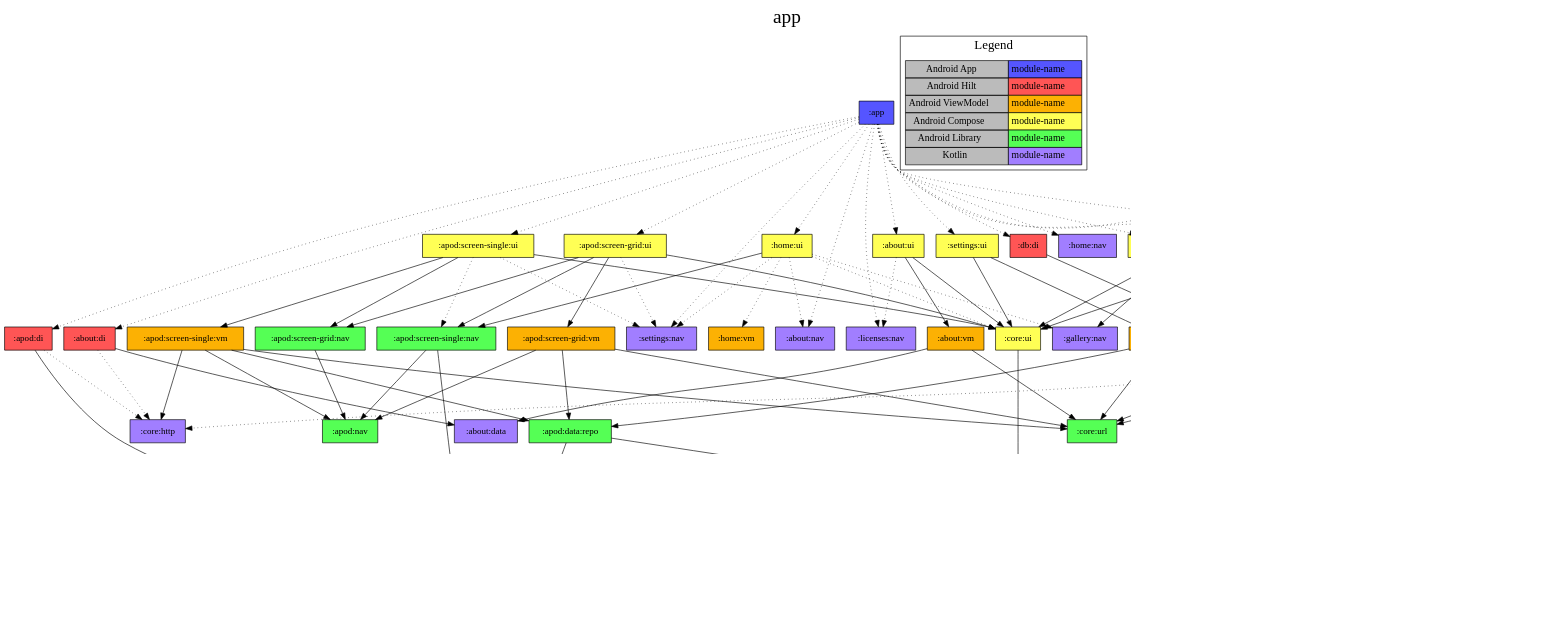
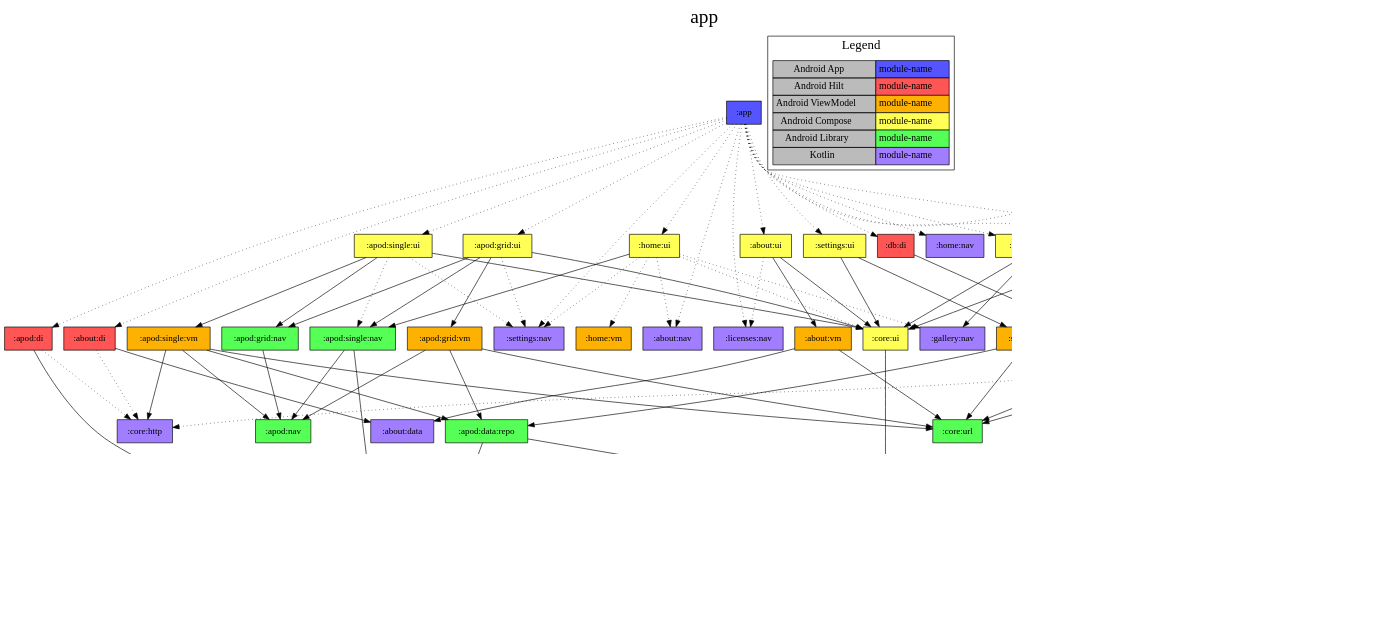
Before and after one commit to jonapoul/nasa-android: the diagram in app/project-dependency-graph.dot, drawn with Graphviz. The commit also changed 81 other files, not shown here.

```diff
--- a/app/project-dependency-graph.dot
+++ b/app/project-dependency-graph.dot
@@ -1,149 +1,149 @@
 digraph {
 edge ["dir"="forward"]
 graph ["dpi"="100","label"="app","labelloc"="t","fontsize"="30","ranksep"="1.5"]
 node ["style"="filled"]
 ":app" ["shape"="box","fillcolor"="#5555FF"]
 ":about:di" ["fillcolor"="#FF5555","shape"="box"]
 ":about:data" ["fillcolor"="#A17EFF","shape"="box"]
 ":core:http" ["fillcolor"="#A17EFF","shape"="box"]
 ":about:nav" ["fillcolor"="#A17EFF","shape"="box"]
 ":about:ui" ["fillcolor"="#FFFF55","shape"="box"]
 ":about:vm" ["fillcolor"="#FCB103","shape"="box"]
 ":core:url" ["fillcolor"="#55FF55","shape"="box"]
 ":core:ui" ["fillcolor"="#FFFF55","shape"="box"]
 ":core:model" ["fillcolor"="#A17EFF","shape"="box"]
 ":licenses:nav" ["fillcolor"="#A17EFF","shape"="box"]
 ":apod:di" ["fillcolor"="#FF5555","shape"="box"]
 ":apod:data:api" ["fillcolor"="#A17EFF","shape"="box"]
 ":apod:model" ["fillcolor"="#A17EFF","shape"="box"]
-":apod:screen-grid:ui" ["fillcolor"="#FFFF55","shape"="box"]
-":apod:screen-grid:nav" ["fillcolor"="#55FF55","shape"="box"]
+":apod:grid:ui" ["fillcolor"="#FFFF55","shape"="box"]
+":apod:grid:nav" ["fillcolor"="#55FF55","shape"="box"]
 ":apod:nav" ["fillcolor"="#55FF55","shape"="box"]
-":apod:screen-grid:vm" ["fillcolor"="#FCB103","shape"="box"]
+":apod:grid:vm" ["fillcolor"="#FCB103","shape"="box"]
 ":apod:data:repo" ["fillcolor"="#55FF55","shape"="box"]
 ":db:apod" ["fillcolor"="#A17EFF","shape"="box"]
-":apod:screen-single:nav" ["fillcolor"="#55FF55","shape"="box"]
+":apod:single:nav" ["fillcolor"="#55FF55","shape"="box"]
 ":settings:nav" ["fillcolor"="#A17EFF","shape"="box"]
-":apod:screen-single:ui" ["fillcolor"="#FFFF55","shape"="box"]
-":apod:screen-single:vm" ["fillcolor"="#FCB103","shape"="box"]
+":apod:single:ui" ["fillcolor"="#FFFF55","shape"="box"]
+":apod:single:vm" ["fillcolor"="#FCB103","shape"="box"]
 ":db:di" ["fillcolor"="#FF5555","shape"="box"]
 ":db:impl" ["fillcolor"="#55FF55","shape"="box"]
 ":db:api" ["fillcolor"="#A17EFF","shape"="box"]
 ":db:gallery" ["fillcolor"="#A17EFF","shape"="box"]
 ":gallery:di" ["fillcolor"="#FF5555","shape"="box"]
 ":gallery:data:api" ["fillcolor"="#A17EFF","shape"="box"]
 ":gallery:model" ["fillcolor"="#A17EFF","shape"="box"]
-":gallery:screen-search:ui" ["fillcolor"="#FFFF55","shape"="box"]
+":gallery:search:ui" ["fillcolor"="#FFFF55","shape"="box"]
 ":gallery:nav" ["fillcolor"="#A17EFF","shape"="box"]
-":gallery:screen-search:vm" ["fillcolor"="#FCB103","shape"="box"]
+":gallery:search:vm" ["fillcolor"="#FCB103","shape"="box"]
 ":gallery:data:repo" ["fillcolor"="#55FF55","shape"="box"]
 ":home:nav" ["fillcolor"="#A17EFF","shape"="box"]
 ":home:ui" ["fillcolor"="#FFFF55","shape"="box"]
 ":home:vm" ["fillcolor"="#FCB103","shape"="box"]
 ":licenses:di" ["fillcolor"="#FF5555","shape"="box"]
 ":licenses:data" ["fillcolor"="#A17EFF","shape"="box"]
 ":licenses:ui" ["fillcolor"="#FFFF55","shape"="box"]
 ":licenses:vm" ["fillcolor"="#FCB103","shape"="box"]
 ":settings:ui" ["fillcolor"="#FFFF55","shape"="box"]
 ":settings:vm" ["fillcolor"="#FCB103","shape"="box"]
 {
 edge ["dir"="none"]
 graph ["rank"="same"]
 ":app"
 }
 subgraph "cluster_legend" {
 edge ["dir"="none"]
 graph ["label"="Legend","fontsize"="20"]
 "Legend" ["style"="filled","fillcolor"="#bbbbbb","shape"="none","margin"="0","fontsize"="15","label"=<
 <TABLE BORDER="0" CELLBORDER="1" CELLSPACING="0" CELLPADDING="4">
 <TR><TD>Android App</TD><TD BGCOLOR="#5555FF">module-name</TD></TR>
 <TR><TD>Android Hilt</TD><TD BGCOLOR="#FF5555">module-name</TD></TR>
 <TR><TD>Android ViewModel</TD><TD BGCOLOR="#FCB103">module-name</TD></TR>
 <TR><TD>Android Compose</TD><TD BGCOLOR="#FFFF55">module-name</TD></TR>
 <TR><TD>Android Library</TD><TD BGCOLOR="#55FF55">module-name</TD></TR>
 <TR><TD>Kotlin</TD><TD BGCOLOR="#A17EFF">module-name</TD></TR>
 </TABLE>
 >]
 }
 ":app" -> ":about:di" ["style"="dotted"]
 ":app" -> ":about:nav" ["style"="dotted"]
 ":app" -> ":about:ui" ["style"="dotted"]
 ":app" -> ":apod:di" ["style"="dotted"]
-":app" -> ":apod:screen-grid:ui" ["style"="dotted"]
-":app" -> ":apod:screen-single:ui" ["style"="dotted"]
+":app" -> ":apod:grid:ui" ["style"="dotted"]
+":app" -> ":apod:single:ui" ["style"="dotted"]
 ":app" -> ":db:di" ["style"="dotted"]
 ":app" -> ":gallery:di" ["style"="dotted"]
-":app" -> ":gallery:screen-search:ui" ["style"="dotted"]
+":app" -> ":gallery:search:ui" ["style"="dotted"]
 ":app" -> ":home:nav" ["style"="dotted"]
 ":app" -> ":home:ui" ["style"="dotted"]
 ":app" -> ":licenses:di" ["style"="dotted"]
 ":app" -> ":licenses:nav" ["style"="dotted"]
 ":app" -> ":licenses:ui" ["style"="dotted"]
 ":app" -> ":settings:nav" ["style"="dotted"]
 ":app" -> ":settings:ui" ["style"="dotted"]
 ":about:di" -> ":about:data"
 ":about:di" -> ":core:http" ["style"="dotted"]
 ":about:ui" -> ":about:vm"
 ":about:ui" -> ":core:ui"
 ":about:ui" -> ":licenses:nav" ["style"="dotted"]
 ":about:vm" -> ":about:data"
 ":about:vm" -> ":core:url"
 ":core:ui" -> ":core:model"
 ":apod:di" -> ":apod:data:api"
 ":apod:di" -> ":core:http" ["style"="dotted"]
 ":apod:data:api" -> ":apod:model"
 ":apod:data:api" -> ":core:model"
-":apod:screen-grid:ui" -> ":apod:screen-grid:nav"
-":apod:screen-grid:ui" -> ":apod:screen-grid:vm"
-":apod:screen-grid:ui" -> ":apod:screen-single:nav"
-":apod:screen-grid:ui" -> ":core:ui"
-":apod:screen-grid:ui" -> ":settings:nav" ["style"="dotted"]
-":apod:screen-grid:nav" -> ":apod:nav"
-":apod:screen-grid:vm" -> ":apod:data:repo"
-":apod:screen-grid:vm" -> ":apod:nav"
-":apod:screen-grid:vm" -> ":core:url"
+":apod:grid:ui" -> ":apod:grid:nav"
+":apod:grid:ui" -> ":apod:grid:vm"
+":apod:grid:ui" -> ":apod:single:nav"
+":apod:grid:ui" -> ":core:ui"
+":apod:grid:ui" -> ":settings:nav" ["style"="dotted"]
+":apod:grid:nav" -> ":apod:nav"
+":apod:grid:vm" -> ":apod:data:repo"
+":apod:grid:vm" -> ":apod:nav"
+":apod:grid:vm" -> ":core:url"
 ":apod:data:repo" -> ":apod:data:api"
 ":apod:data:repo" -> ":db:apod"
-":apod:screen-single:nav" -> ":apod:model"
-":apod:screen-single:nav" -> ":apod:nav"
-":apod:screen-single:ui" -> ":apod:screen-grid:nav"
-":apod:screen-single:ui" -> ":apod:screen-single:vm"
-":apod:screen-single:ui" -> ":core:ui"
-":apod:screen-single:ui" -> ":apod:screen-single:nav" ["style"="dotted"]
-":apod:screen-single:ui" -> ":settings:nav" ["style"="dotted"]
-":apod:screen-single:vm" -> ":apod:data:repo"
-":apod:screen-single:vm" -> ":apod:nav"
-":apod:screen-single:vm" -> ":core:http"
-":apod:screen-single:vm" -> ":core:url"
+":apod:single:nav" -> ":apod:model"
+":apod:single:nav" -> ":apod:nav"
+":apod:single:ui" -> ":apod:grid:nav"
+":apod:single:ui" -> ":apod:single:vm"
+":apod:single:ui" -> ":core:ui"
+":apod:single:ui" -> ":apod:single:nav" ["style"="dotted"]
+":apod:single:ui" -> ":settings:nav" ["style"="dotted"]
+":apod:single:vm" -> ":apod:data:repo"
+":apod:single:vm" -> ":apod:nav"
+":apod:single:vm" -> ":core:http"
+":apod:single:vm" -> ":core:url"
 ":db:di" -> ":db:impl"
 ":db:impl" -> ":db:apod"
 ":db:impl" -> ":db:api"
 ":db:impl" -> ":db:gallery"
 ":gallery:di" -> ":gallery:data:api"
 ":gallery:di" -> ":core:http" ["style"="dotted"]
 ":gallery:di" -> ":core:model" ["style"="dotted"]
 ":gallery:data:api" -> ":gallery:model"
-":gallery:screen-search:ui" -> ":gallery:nav"
-":gallery:screen-search:ui" -> ":gallery:screen-search:vm"
-":gallery:screen-search:ui" -> ":core:ui"
-":gallery:screen-search:vm" -> ":gallery:data:repo"
-":gallery:screen-search:vm" -> ":core:url"
+":gallery:search:ui" -> ":gallery:nav"
+":gallery:search:ui" -> ":gallery:search:vm"
+":gallery:search:ui" -> ":core:ui"
+":gallery:search:vm" -> ":gallery:data:repo"
+":gallery:search:vm" -> ":core:url"
 ":gallery:data:repo" -> ":gallery:data:api"
 ":gallery:data:repo" -> ":db:gallery"
-":home:ui" -> ":apod:screen-single:nav"
+":home:ui" -> ":apod:single:nav"
 ":home:ui" -> ":about:nav" ["style"="dotted"]
 ":home:ui" -> ":core:ui" ["style"="dotted"]
 ":home:ui" -> ":gallery:nav" ["style"="dotted"]
 ":home:ui" -> ":home:vm" ["style"="dotted"]
 ":home:ui" -> ":settings:nav" ["style"="dotted"]
 ":licenses:di" -> ":licenses:data"
 ":licenses:ui" -> ":core:ui"
 ":licenses:ui" -> ":licenses:vm"
 ":licenses:vm" -> ":core:url"
 ":licenses:vm" -> ":licenses:data"
 ":settings:ui" -> ":core:ui"
 ":settings:ui" -> ":settings:vm"
 ":settings:vm" -> ":core:url"
 ":settings:vm" -> ":apod:data:repo"
 ":settings:vm" -> ":db:api"
 }
```
